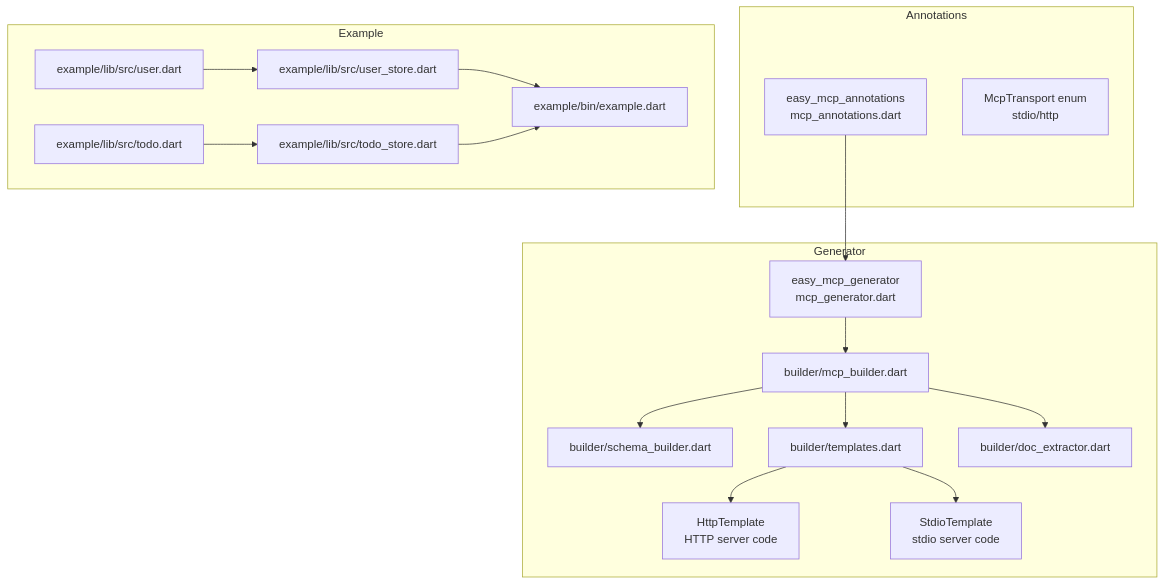
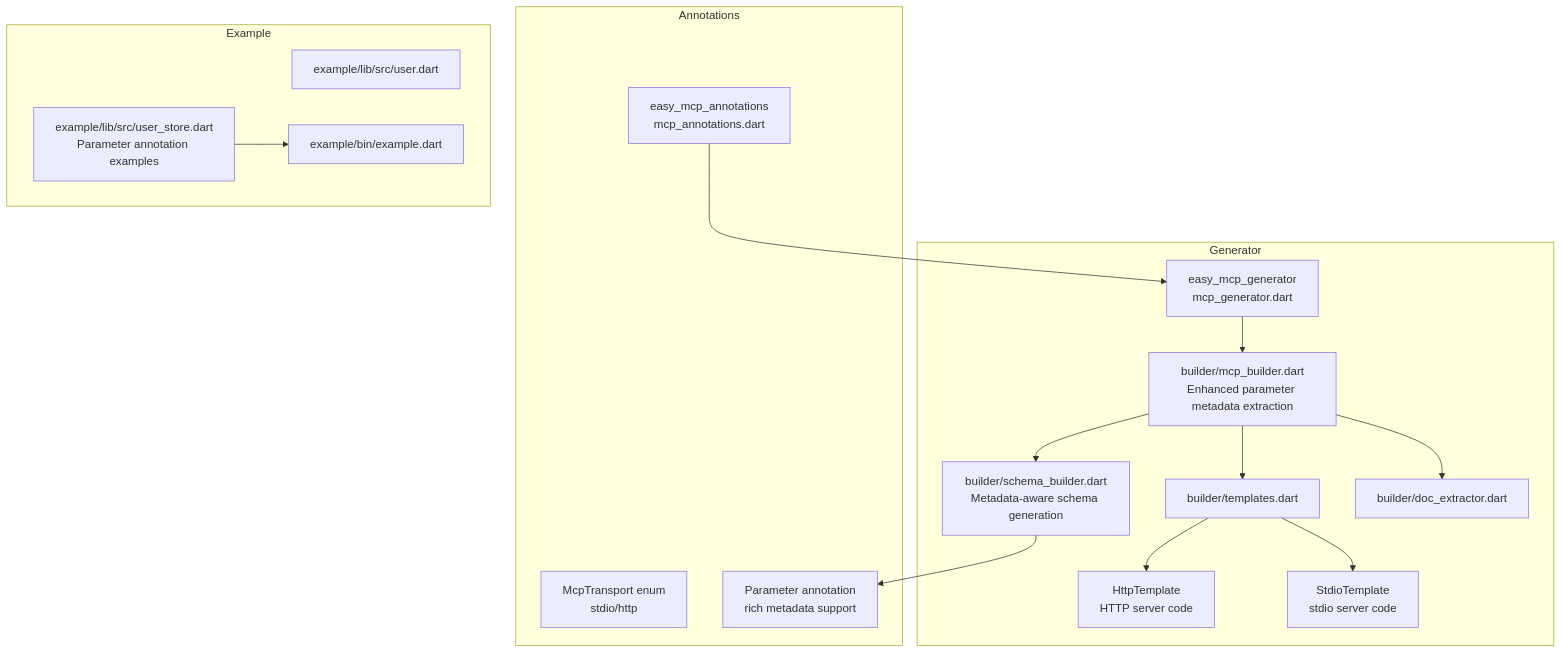
One commit to cdavis-code/easy_mcp_workspace changed the first of 4 diagrams in .qoder/repowiki/en/content/Type System Integration/Type System Integration.md. Above: the diagram before and after it, drawn with Mermaid. The commit also changed other lines of this file and 13 other files, not shown here.

````diff
--- a/.qoder/repowiki/en/content/Type System Integration/Type System Integration.md
+++ b/.qoder/repowiki/en/content/Type System Integration/Type System Integration.md
@@ -48,34 +49,31 @@
 ```mermaid
 graph TB
 subgraph "Annotations"
 A["easy_mcp_annotations<br/>mcp_annotations.dart"]
 E["McpTransport enum<br/>stdio/http"]
+P["Parameter annotation<br/>rich metadata support"]
 end
 subgraph "Generator"
 G["easy_mcp_generator<br/>mcp_generator.dart"]
-B["builder/mcp_builder.dart"]
-S["builder/schema_builder.dart"]
+B["builder/mcp_builder.dart<br/>Enhanced parameter metadata extraction"]
+S["builder/schema_builder.dart<br/>Metadata-aware schema generation"]
 T["builder/templates.dart"]
 D["builder/doc_extractor.dart"]
 HT["HttpTemplate<br/>HTTP server code"]
 ST["StdioTemplate<br/>stdio server code"]
 end
 subgraph "Example"
 U["example/lib/src/user.dart"]
-TD["example/lib/src/todo.dart"]
-US["example/lib/src/user_store.dart"]
-TS["example/lib/src/todo_store.dart"]
+US["example/lib/src/user_store.dart<br/>Parameter annotation examples"]
 EX["example/bin/example.dart"]
 end
 A --> G
 G --> B
 B --> S
 B --> T
 B --> D
+S --> P
 T --> HT
 T --> ST
-U --> US
-TD --> TS
 US --> EX
-TS --> EX
 ```
````
